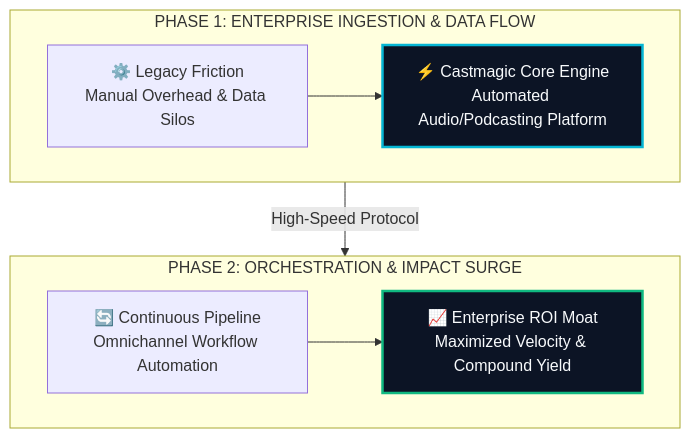
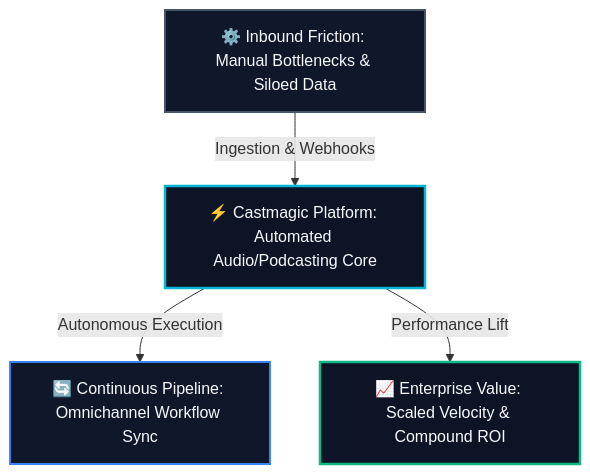
The diagram in site/src/content/blog/castmagic-evolution-guide-2026.md (heliatech-media/saas-radar), drawn with Mermaid before and after one commit. The commit also changed 93 other files, not shown here.

First line of the commit message:
fix(diagrams): resolve dagre-d3 subgraph collision by migrating to balanced 3-tier Hub & Spoke architecture

````diff
--- a/site/src/content/blog/castmagic-evolution-guide-2026.md
+++ b/site/src/content/blog/castmagic-evolution-guide-2026.md
@@ -54,14 +54,14 @@
 ```mermaid
 flowchart TD
-    subgraph S1["PHASE 1: ENTERPRISE INGESTION & DATA FLOW"]
-        direction LR
-        A["⚙️ Legacy Friction<br/>Manual Overhead & Data Silos"] --> B["⚡ Castmagic Core Engine<br/>Automated Audio/Podcasting Platform"]
-    end
-    subgraph S2["PHASE 2: ORCHESTRATION & IMPACT SURGE"]
-        direction LR
-        C["🔄 Continuous Pipeline<br/>Omnichannel Workflow Automation"] --> D["📈 Enterprise ROI Moat<br/>Maximized Velocity & Compound Yield"]
-    end
-    S1 -->|High-Speed Protocol| S2
-    style B fill:#0c1425,stroke:#06b6d4,stroke-width:2.5px,color:#f8fafc
-    style D fill:#0c1425,stroke:#10b981,stroke-width:2.5px,color:#f8fafc
+    Inp["⚙️ Inbound Friction: Manual Bottlenecks & Siloed Data"]
+    Eng["⚡ Castmagic Platform: Automated Audio/Podcasting Core"]
+    Out1["🔄 Continuous Pipeline: Omnichannel Workflow Sync"]
+    Out2["📈 Enterprise Value: Scaled Velocity & Compound ROI"]
+    Inp -->|Ingestion & Webhooks| Eng
+    Eng -->|Autonomous Execution| Out1
+    Eng -->|Performance Lift| Out2
+    style Inp fill:#0f172a,stroke:#475569,stroke-width:2px,color:#f8fafc
+    style Eng fill:#0c1425,stroke:#06b6d4,stroke-width:2.5px,color:#f8fafc
+    style Out1 fill:#0f172a,stroke:#3b82f6,stroke-width:2px,color:#f8fafc
+    style Out2 fill:#0c1425,stroke:#10b981,stroke-width:2.5px,color:#f8fafc
 ```
````
